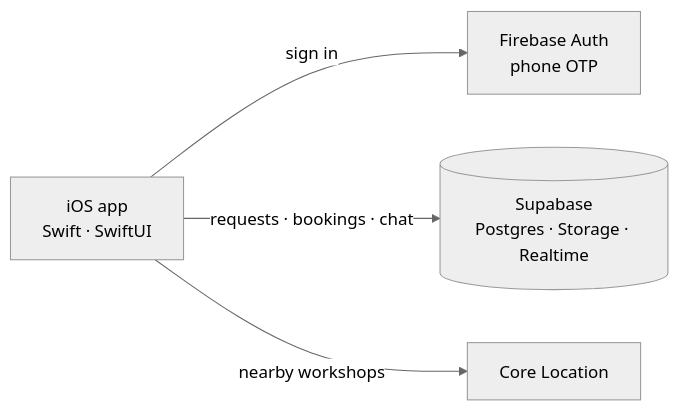
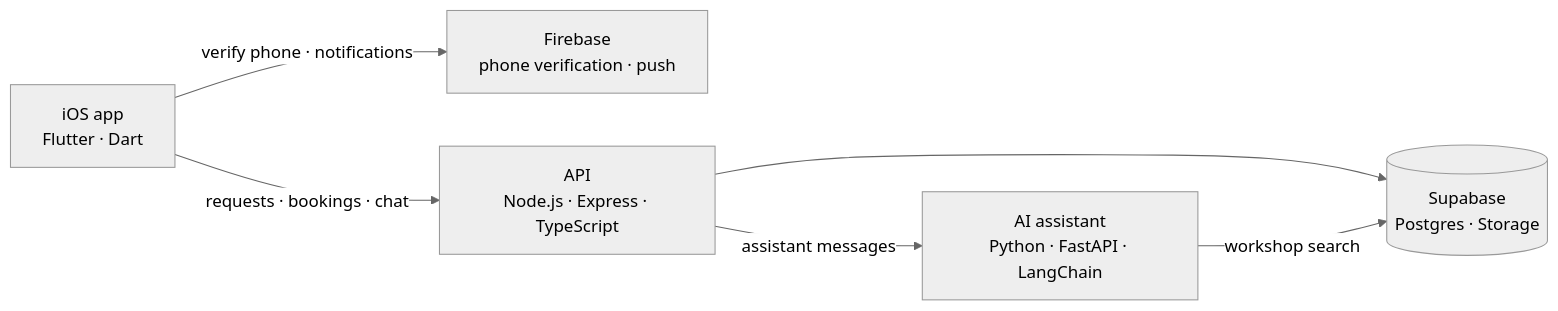
Before and after one commit to Ibr4hiMM/theq: the diagram in README.md, drawn with Mermaid (neutral theme). The commit also changed other lines of this file, not shown here.

Commit message:
Describe the app as Flutter, with the API and AI assistant behind it
The app is built with Flutter and Dart, not Swift. It talks to a Node.js,
Express and TypeScript API in front of Supabase; Firebase handles phone
verification and push notifications, and a LangChain assistant behind
FastAPI finds workshops.

````diff
--- a/README.md
+++ b/README.md
@@ -48,10 +48,13 @@
 ```mermaid
 flowchart LR
-  app["iOS app<br/>Swift · SwiftUI"]
-  auth["Firebase Auth<br/>phone OTP"]
-  db[("Supabase<br/>Postgres · Storage · Realtime")]
-  loc["Core Location"]
-  app -- "sign in" --> auth
-  app -- "requests · bookings · chat" --> db
-  app -- "nearby workshops" --> loc
+  app["iOS app<br/>Flutter · Dart"]
+  firebase["Firebase<br/>phone verification · push"]
+  api["API<br/>Node.js · Express · TypeScript"]
+  ai["AI assistant<br/>Python · FastAPI · LangChain"]
+  db[("Supabase<br/>Postgres · Storage")]
+  app -- "verify phone · notifications" --> firebase
+  app -- "requests · bookings · chat" --> api
+  api --> db
+  api -- "assistant messages" --> ai
+  ai -- "workshop search" --> db
 ```
````
